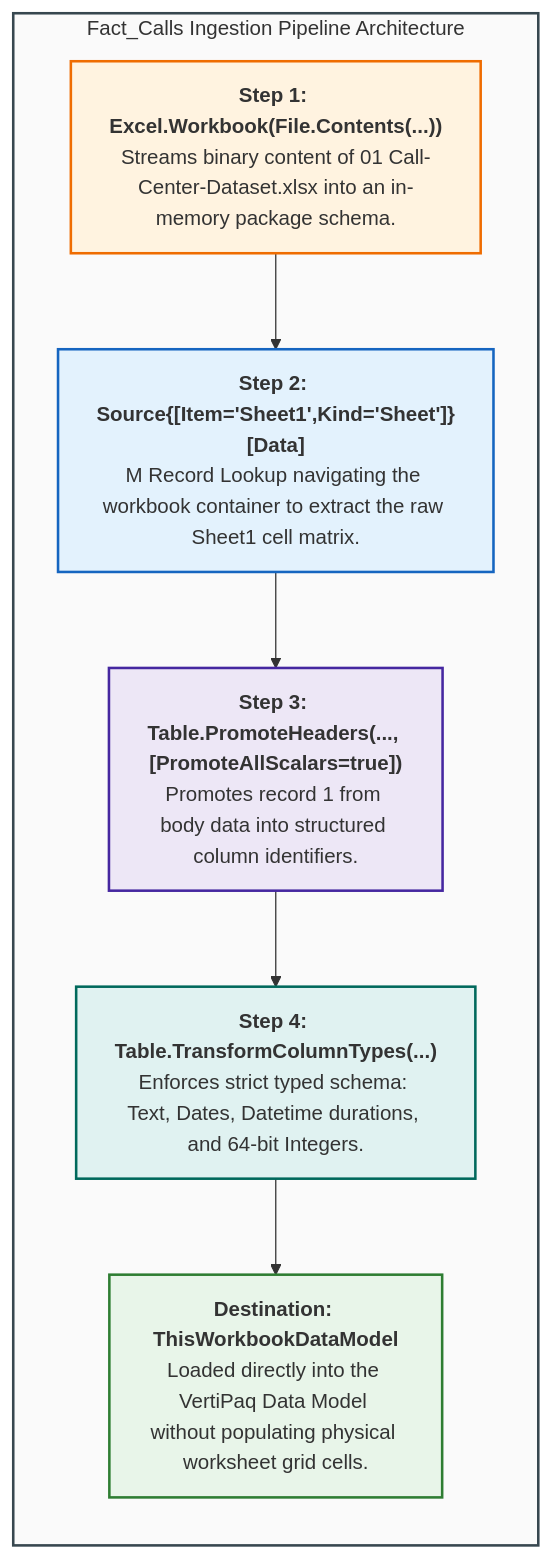
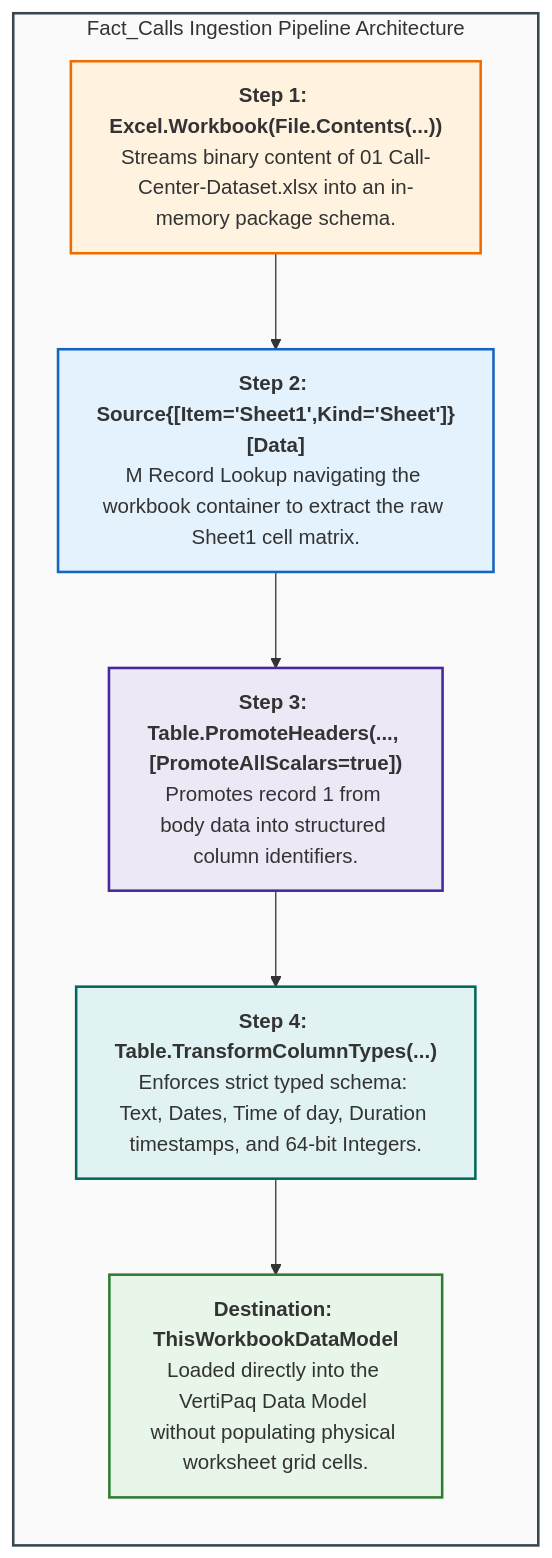
Before and after one commit to Sohila-Khaled-Abbas/COURSE-EXCEL-ZERO-TO-HERO: the sixth of 6 diagrams in 02_Notes/08_Power_Query_and_M/04_Introduction_to_M_Language_and_APIs.md, drawn with Mermaid. The commit also changed other lines of this file and 4 other files, not shown here.

Commit message:
fix(m-docs): resolve Mermaid syntax error, sync Time column type to type time, and enhance dynamic workbook synchronizer

````diff
--- a/02_Notes/08_Power_Query_and_M/04_Introduction_to_M_Language_and_APIs.md
+++ b/02_Notes/08_Power_Query_and_M/04_Introduction_to_M_Language_and_APIs.md
@@ -405,20 +412,20 @@
 ```mermaid
 flowchart TD
     subgraph M_PIPELINE ["Fact_Calls Ingestion Pipeline Architecture"]
         direction TB
         S1["<b>Step 1: Excel.Workbook(File.Contents(...))</b><br/>Streams binary content of 01 Call-Center-Dataset.xlsx into an in-memory package schema."]
         S2["<b>Step 2: Source{[Item='Sheet1',Kind='Sheet']}[Data]</b><br/>M Record Lookup navigating the workbook container to extract the raw Sheet1 cell matrix."]
         S3["<b>Step 3: Table.PromoteHeaders(..., [PromoteAllScalars=true])</b><br/>Promotes record 1 from body data into structured column identifiers."]
-        S4["<b>Step 4: Table.TransformColumnTypes(...)</b><br/>Enforces strict typed schema: Text, Dates, Datetime durations, and 64-bit Integers."]
+        S4["<b>Step 4: Table.TransformColumnTypes(...)</b><br/>Enforces strict typed schema: Text, Dates, Time of day, Duration timestamps, and 64-bit Integers."]
         S5["<b>Destination: ThisWorkbookDataModel</b><br/>Loaded directly into the VertiPaq Data Model without populating physical worksheet grid cells."]
         
         S1 --> S2 --> S3 --> S4 --> S5
     end
 
     style M_PIPELINE fill:#fafafa,stroke:#37474f,stroke-width:2px
     style S1 fill:#fff3e0,stroke:#ef6c00,stroke-width:2px
     style S2 fill:#e3f2fd,stroke:#1565c0,stroke-width:2px
     style S3 fill:#ede7f6,stroke:#4527a0,stroke-width:2px
     style S4 fill:#e0f2f1,stroke:#00695c,stroke-width:2px
     style S5 fill:#e8f5e9,stroke:#2e7d32,stroke-width:2px
 ```
````
